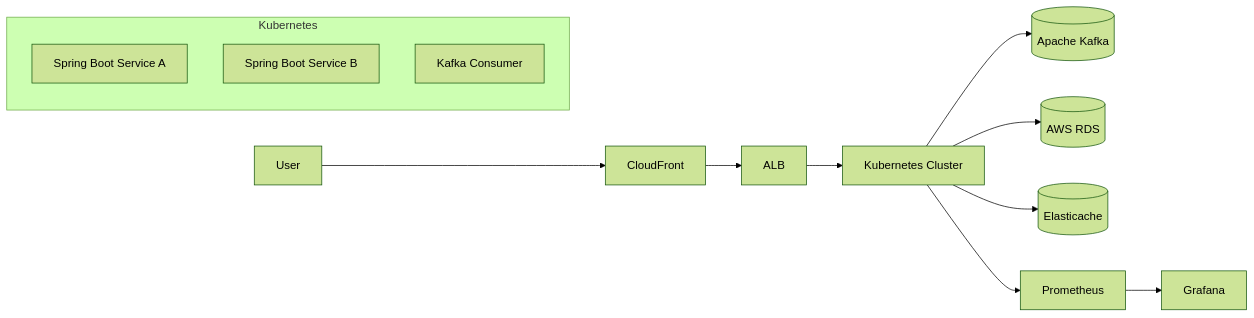
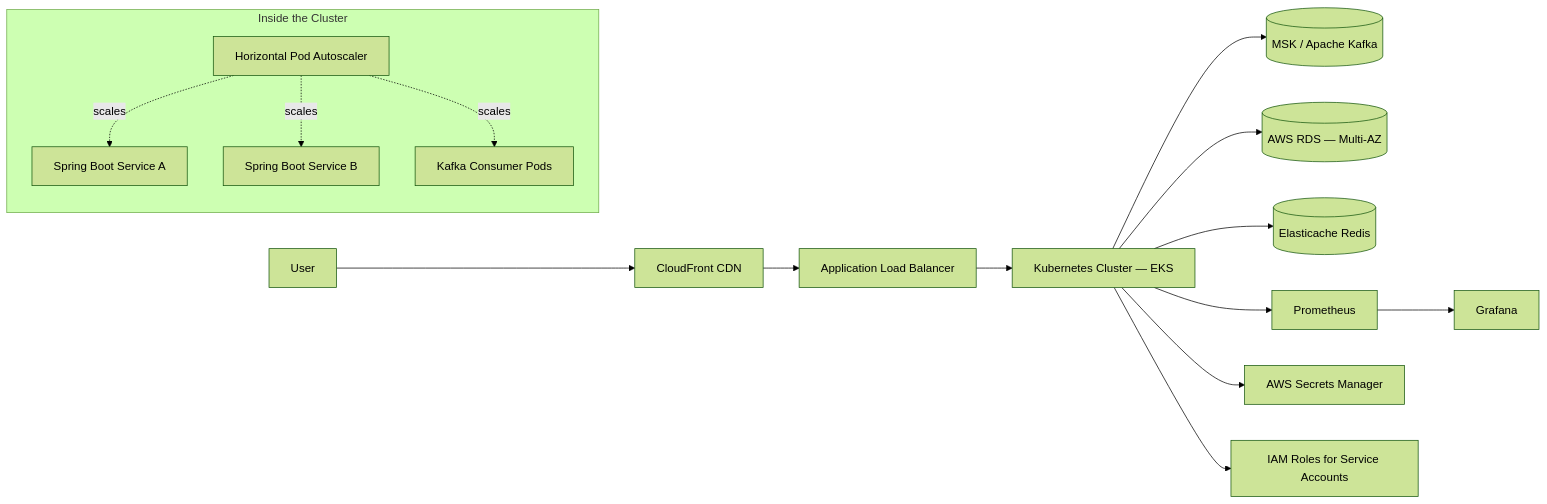
Before and after one commit to jeshwinwilliam/jeshwinwilliam: the second of 2 diagrams in README.md, drawn with Mermaid (forest theme). The commit also changed other lines of this file, not shown here.

````diff
--- a/README.md
+++ b/README.md
@@ -156,21 +126,24 @@
 ```mermaid
 flowchart LR
+    User --> CloudFront[CloudFront CDN]
+    CloudFront --> ALB[Application Load Balancer]
+    ALB --> K8S[Kubernetes Cluster — EKS]
 
-    User --> CloudFront
-    CloudFront --> ALB
-
-    ALB --> K8S[Kubernetes Cluster]
-
-    subgraph Kubernetes
+    subgraph K8S_Internal["Inside the Cluster"]
+        HPA[Horizontal Pod Autoscaler]
         ServiceA[Spring Boot Service A]
         ServiceB[Spring Boot Service B]
-        ServiceC[Kafka Consumer]
+        ServiceC[Kafka Consumer Pods]
+        HPA -.scales.-> ServiceA
+        HPA -.scales.-> ServiceB
+        HPA -.scales.-> ServiceC
     end
 
-    K8S --> Kafka[(Apache Kafka)]
-    K8S --> RDS[(AWS RDS)]
-    K8S --> Redis[(Elasticache)]
+    K8S --> Kafka[(MSK / Apache Kafka)]
+    K8S --> RDS[(AWS RDS — Multi-AZ)]
+    K8S --> Elasticache[(Elasticache Redis)]
 
-    K8S --> Prometheus[Prometheus]
-    Prometheus --> Grafana[Grafana]
+    K8S --> Prometheus --> Grafana
+    K8S --> Secrets[AWS Secrets Manager]
+    K8S --> IAM[IAM Roles for Service Accounts]
 ```
````
